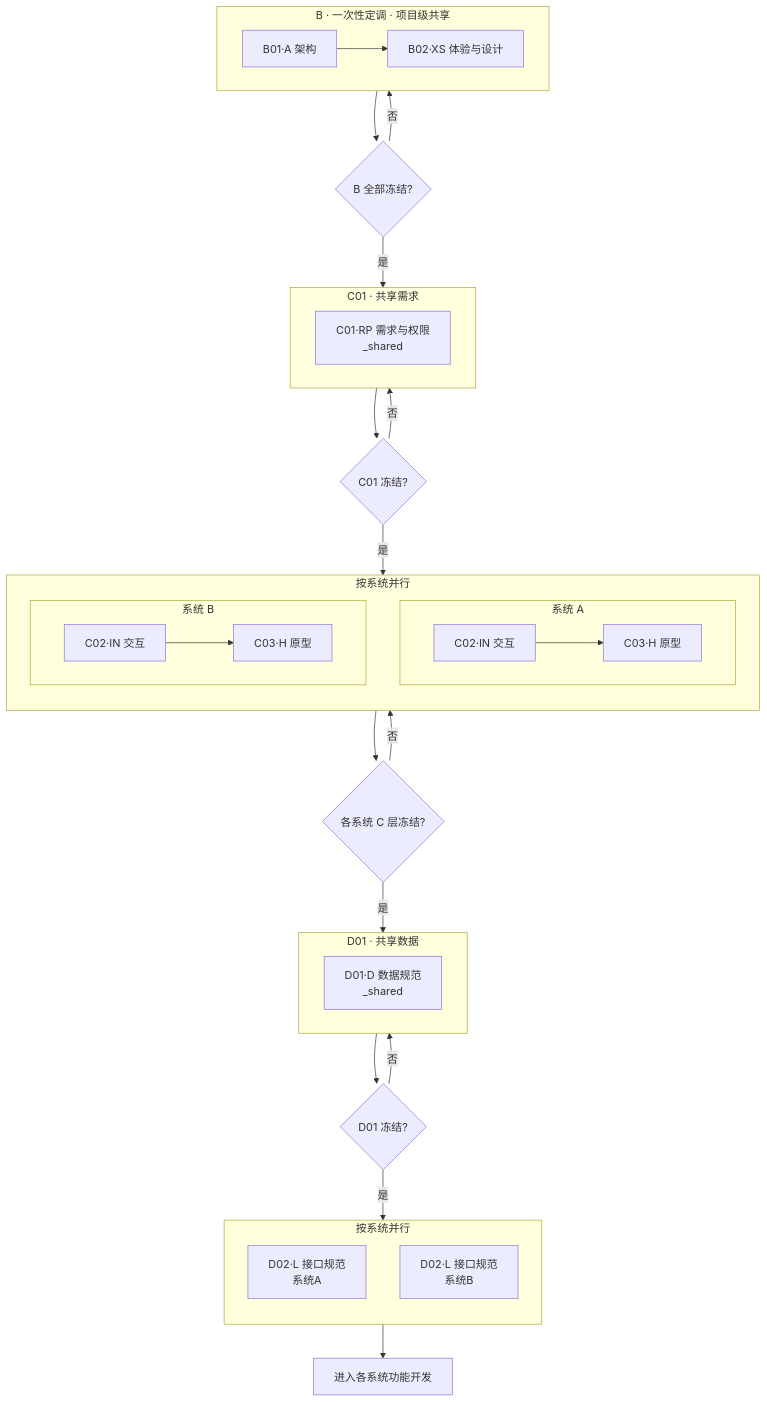
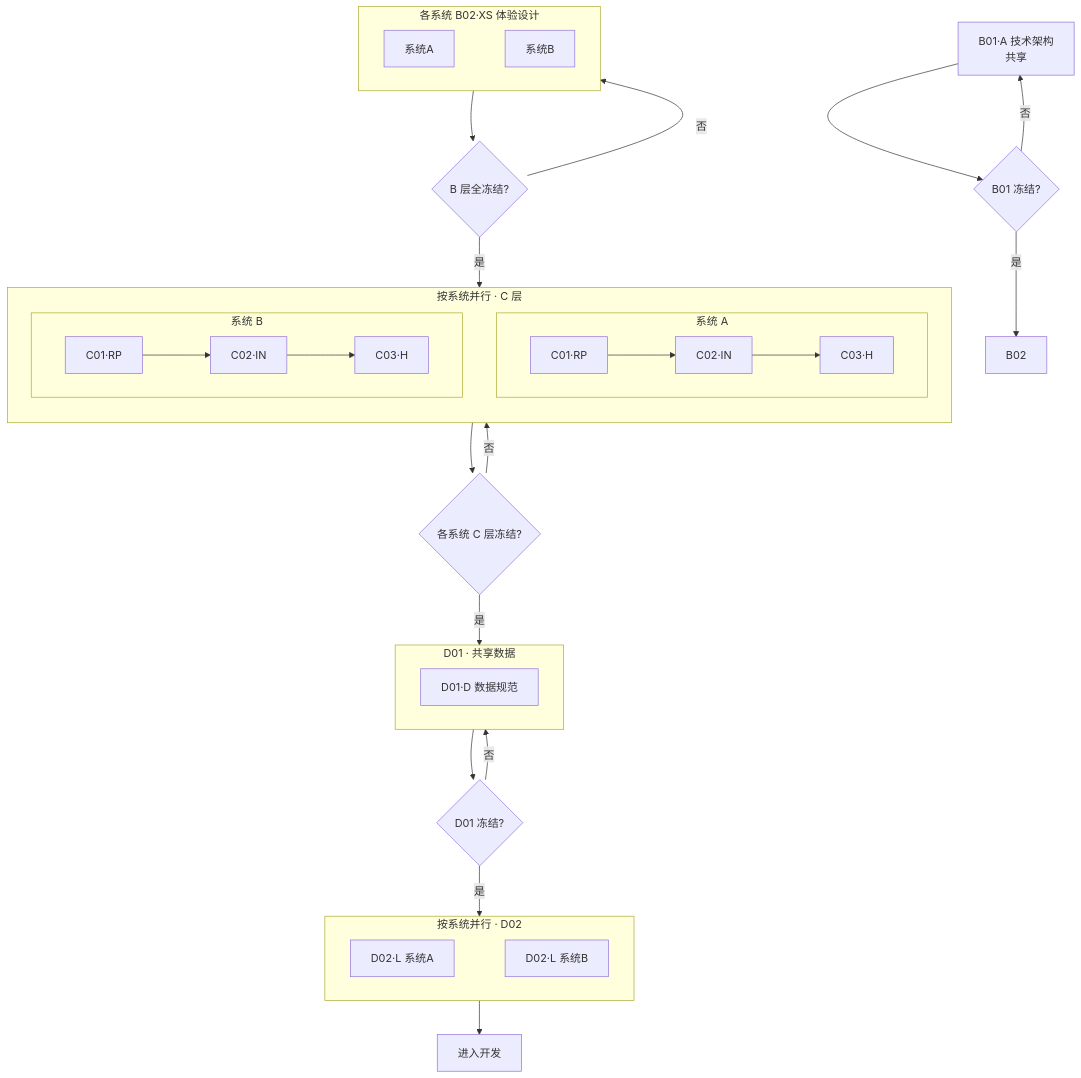
One commit to foryou2026/chinese changed the diagram in prompt/A-framework/A00-02-工作流.md. Above: the diagram before and after it, drawn with Mermaid. The commit also changed other lines of this file and 7 other files, not shown here.

````diff
--- a/prompt/A-framework/A00-02-工作流.md
+++ b/prompt/A-framework/A00-02-工作流.md
@@ -9,51 +7,46 @@
 ```mermaid
 flowchart TB
-  subgraph B[B · 一次性定调 · 项目级共享]
+  B01[B01·A 技术架构<br/>共享] --> BG1{B01 冻结?}
+  BG1 -->|否| B01
+  BG1 -->|是| B02
+
+  subgraph B02_LAYER[各系统 B02·XS 体验设计]
     direction LR
-    A[B01·A 架构] --> XS[B02·XS 体验与设计]
+    B02_A[系统A] ~~~ B02_B[系统B]
   end
 
-  B --> BG{B 全部冻结?}
-  BG -->|否| B
-  BG -->|是| SHARED_C
+  B02_LAYER --> BG2{B 层全冻结?}
+  BG2 -->|否| B02_LAYER
+  BG2 -->|是| SYSTEM_C
 
-  subgraph SHARED_C[C01 · 共享需求]
-    RP[C01·RP 需求与权限<br/>_shared]
-  end
-
-  SHARED_C --> RPG{C01 冻结?}
-  RPG -->|否| SHARED_C
-  RPG -->|是| SYSTEM
-
-  subgraph SYSTEM[按系统并行]
+  subgraph SYSTEM_C[按系统并行 · C 层]
     direction TB
     subgraph SYS_A[系统 A]
       direction LR
-      IN_A[C02·IN 交互] --> H_A[C03·H 原型]
+      RP_A[C01·RP] --> IN_A[C02·IN] --> H_A[C03·H]
     end
     subgraph SYS_B[系统 B]
       direction LR
-      IN_B[C02·IN 交互] --> H_B[C03·H 原型]
+      RP_B[C01·RP] --> IN_B[C02·IN] --> H_B[C03·H]
     end
   end
 
-  SYSTEM --> CG{各系统 C 层冻结?}
-  CG -->|否| SYSTEM
+  SYSTEM_C --> CG{各系统 C 层冻结?}
+  CG -->|否| SYSTEM_C
   CG -->|是| SHARED_D
 
   subgraph SHARED_D[D01 · 共享数据]
-    D[D01·D 数据规范<br/>_shared]
+    D[D01·D 数据规范]
   end
 
   SHARED_D --> DG{D01 冻结?}
   DG -->|否| SHARED_D
   DG -->|是| SYSTEM_D
 
-  subgraph SYSTEM_D[按系统并行]
-    direction TB
-    L_A[D02·L 接口规范<br/>系统A]
-    L_B[D02·L 接口规范<br/>系统B]
+  subgraph SYSTEM_D[按系统并行 · D02]
+    direction LR
+    L_A[D02·L 系统A] ~~~ L_B[D02·L 系统B]
   end
 
-  SYSTEM_D --> DEV[进入各系统功能开发]
+  SYSTEM_D --> DEV[进入开发]
 ```
````
